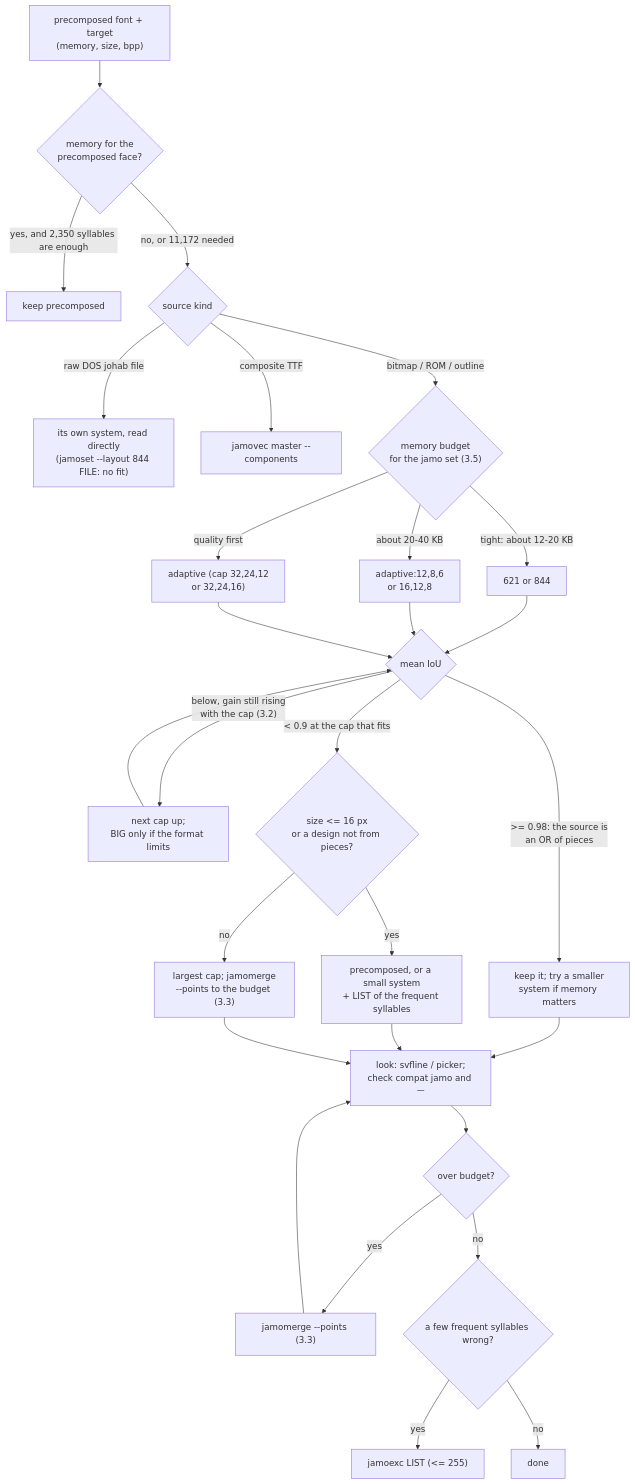
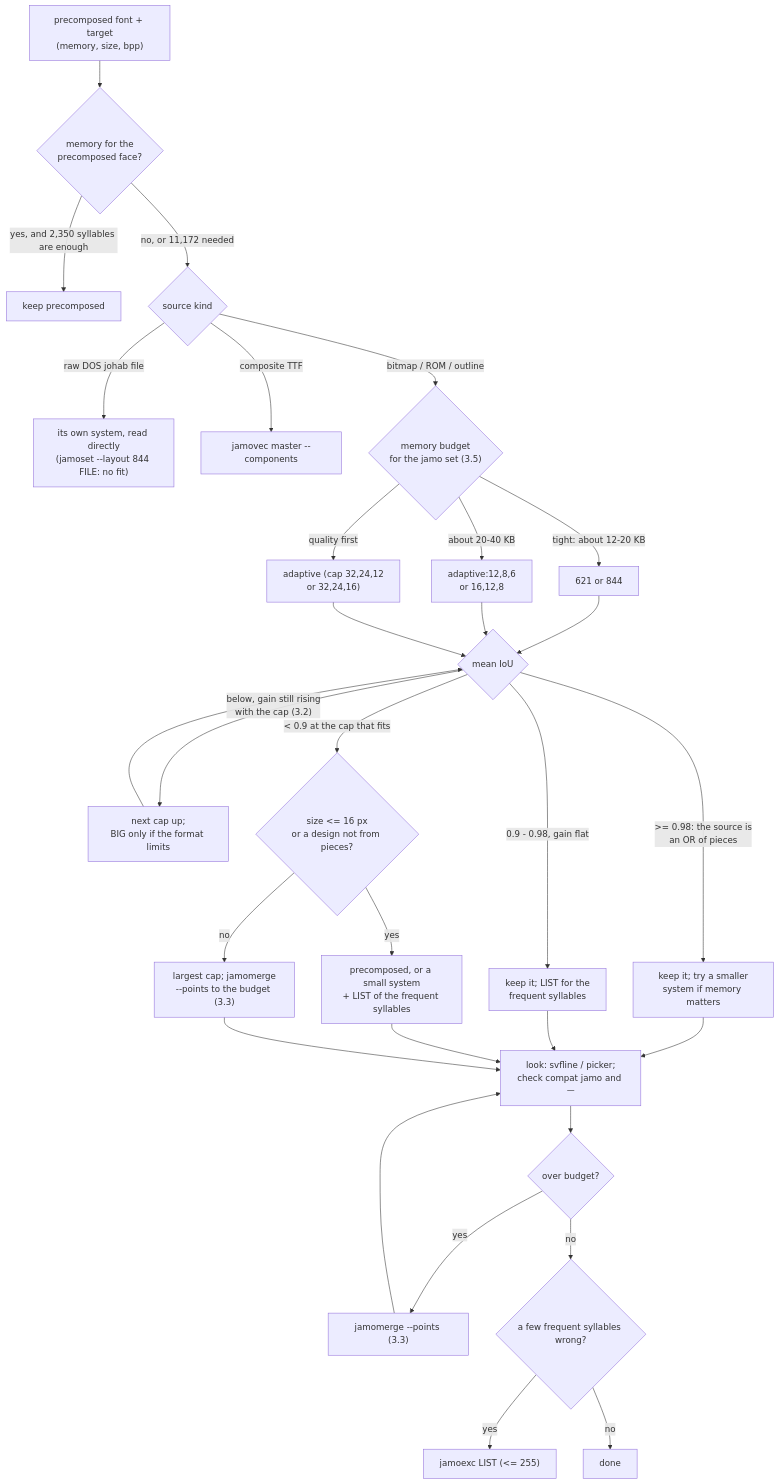
One commit to TaehyunKimLL/svf-fonts-open changed the fifth of 5 diagrams in docs/jamo-split.md. Above: the diagram before and after it, drawn with Mermaid. The commit also changed other lines of this file and 1 other file, not shown here.

Commit message:
Review round 3: state what the set-budget curve covers (every drawn syllable; both fonts draw all 11,172), decision flow exit for a flat 0.9-0.98 fit, merge table with split blobs and measured time, adaptive merge step sourced, 3.4 framed on the first fit (t_b562e973)

````diff
--- a/docs/jamo-split.md
+++ b/docs/jamo-split.md
@@ -615,30 +620,32 @@
 ```mermaid
 flowchart TD
   A["precomposed font + target<br/>(memory, size, bpp)"] --> B{"memory for the<br/>precomposed face?"}
   B -->|"yes, and 2,350 syllables are enough"| KP["keep precomposed"]
   B -->|"no, or 11,172 needed"| C{"source kind"}
   C -->|"raw DOS johab file"| D["its own system, read directly<br/>(jamoset --layout 844 FILE: no fit)"]
   C -->|"composite TTF"| E["jamovec master --components"]
   C -->|"bitmap / ROM / outline"| S{"memory budget<br/>for the jamo set (3.5)"}
   S -->|"tight: about 12-20 KB"| F1["621 or 844"]
   S -->|"about 20-40 KB"| F2["adaptive:12,8,6<br/>or 16,12,8"]
   S -->|"quality first"| F3["adaptive (cap 32,24,12<br/>or 32,24,16)"]
   F1 --> G{"mean IoU"}
   F2 --> G
   F3 --> G
   G -->|">= 0.98: the source is<br/>an OR of pieces"| H["keep it; try a smaller<br/>system if memory matters"]
   G -->|"below, gain still rising<br/>with the cap (3.2)"| UP["next cap up;<br/>BIG only if the format limits"]
+  G -->|"0.9 - 0.98, gain flat"| FL["keep it; LIST for the<br/>frequent syllables"]
   G -->|"< 0.9 at the cap that fits"| J{"size <= 16 px<br/>or a design not from pieces?"}
   UP --> G
   J -->|yes| K["precomposed, or a small system<br/>+ LIST of the frequent syllables"]
   J -->|no| L["largest cap; jamomerge<br/>--points to the budget (3.3)"]
   H --> M["look: svfline / picker;<br/>check compat jamo and ㅡ"]
+  FL --> M
   K --> M
   L --> M
   M --> N{"over budget?"}
   N -->|yes| R["jamomerge --points (3.3)"]
   R --> M
   N -->|no| Q{"a few frequent syllables wrong?"}
   Q -->|yes| O["jamoexc LIST (<= 255)"]
   Q -->|no| P["done"]
 ```
````
